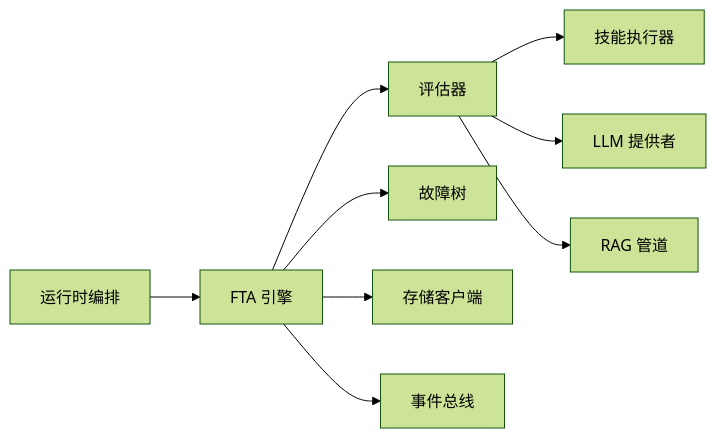
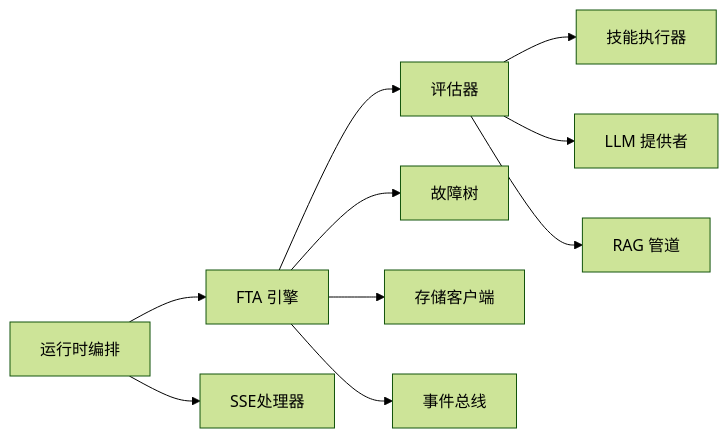
One commit to ai-guru-global/resolve-agent changed the eighth of 8 diagrams in .qoder/repowiki/zh/content/核心功能模块/FTA 工作流引擎/工作流执行管理.md. Above: the diagram before and after it, drawn with Mermaid (forest theme). The commit also changed other lines of this file and 34 other files, not shown here.

````diff
--- a/.qoder/repowiki/zh/content/核心功能模块/FTA 工作流引擎/工作流执行管理.md
+++ b/.qoder/repowiki/zh/content/核心功能模块/FTA 工作流引擎/工作流执行管理.md
@@ -323,11 +351,12 @@
 ```mermaid
 graph LR
 FE["FTA 引擎"] --> EV["评估器"]
 FE --> TR["故障树"]
 EV --> SK["技能执行器"]
 EV --> LL["LLM 提供者"]
 EV --> RG["RAG 管道"]
 RT["运行时编排"] --> FE
+RT --> SSE["SSE处理器"]
 FE --> ST["存储客户端"]
 FE --> EB["事件总线"]
 ```
````
